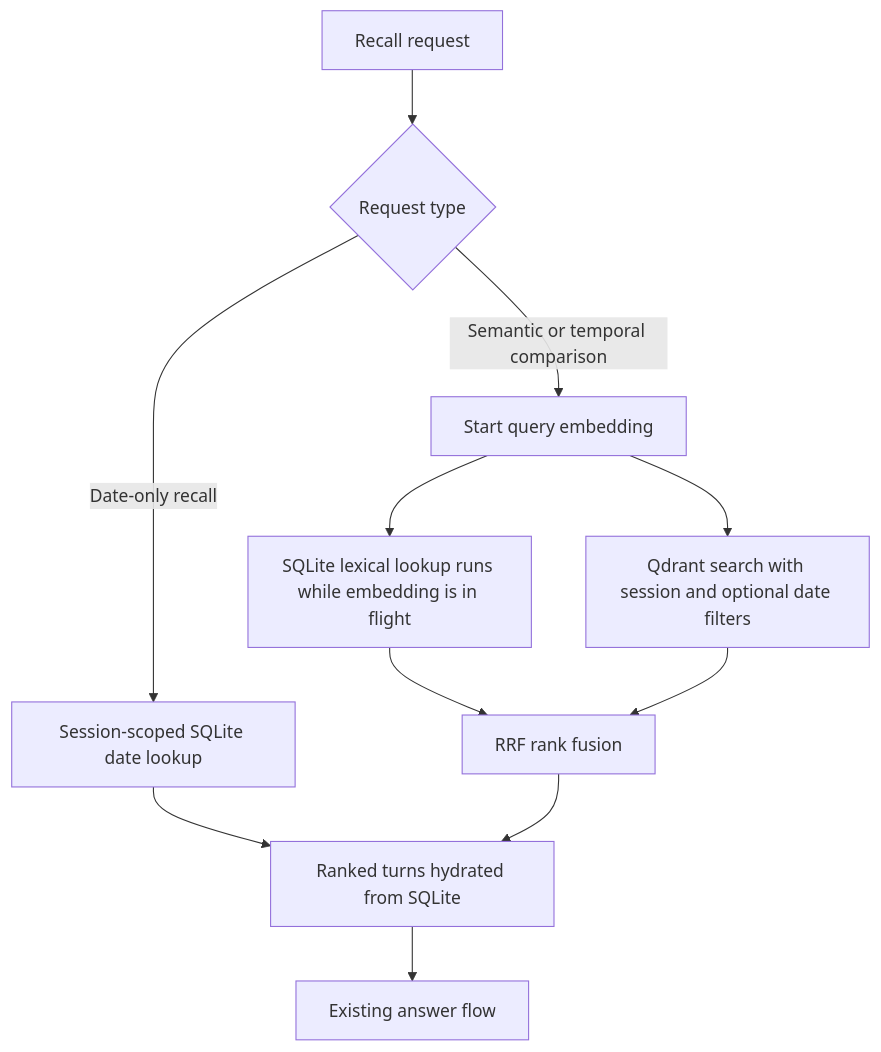
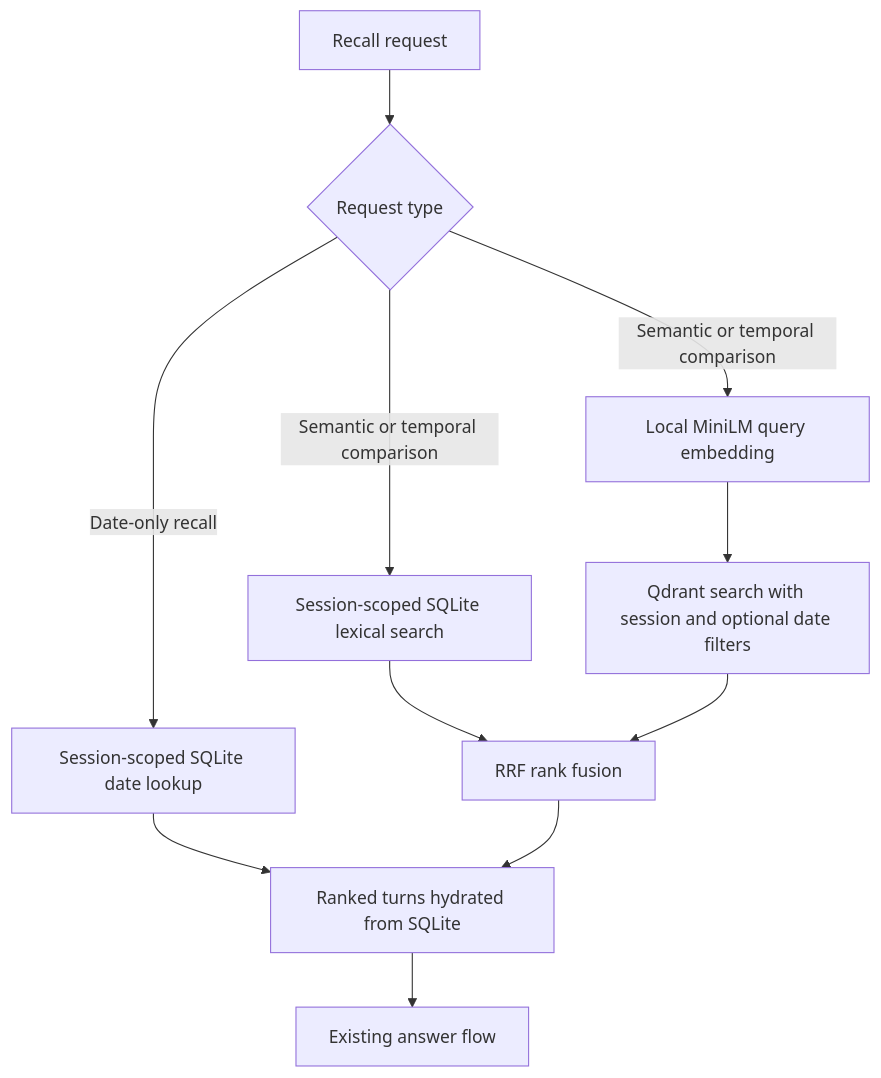
The second of 2 diagrams in README.md (DarshanPandey515/kitty-minimi-assignment), drawn with Mermaid before and after one commit. The commit also changed other lines of this file and 1 other file, not shown here.

Commit message:
docs: document local memory embeddings

````diff
--- a/README.md
+++ b/README.md
@@ -34,13 +34,13 @@
 ```mermaid
 flowchart TD
     Query[Recall request] --> Kind{Request type}
     Kind -->|Date-only recall| DateSQL[Session-scoped SQLite date lookup]
-    Kind -->|Semantic or temporal comparison| Embed[Start query embedding]
-    Embed --> Lexical[SQLite lexical lookup runs while embedding is in flight]
+    Kind -->|Semantic or temporal comparison| Lexical[Session-scoped SQLite lexical search]
+    Kind -->|Semantic or temporal comparison| Embed[Local MiniLM query embedding]
     Embed --> Vector[Qdrant search with session and optional date filters]
     Lexical --> Fuse[RRF rank fusion]
     Vector --> Fuse
     DateSQL --> Evidence[Ranked turns hydrated from SQLite]
     Fuse --> Evidence
     Evidence --> Response[Existing answer flow]
 ```
````
